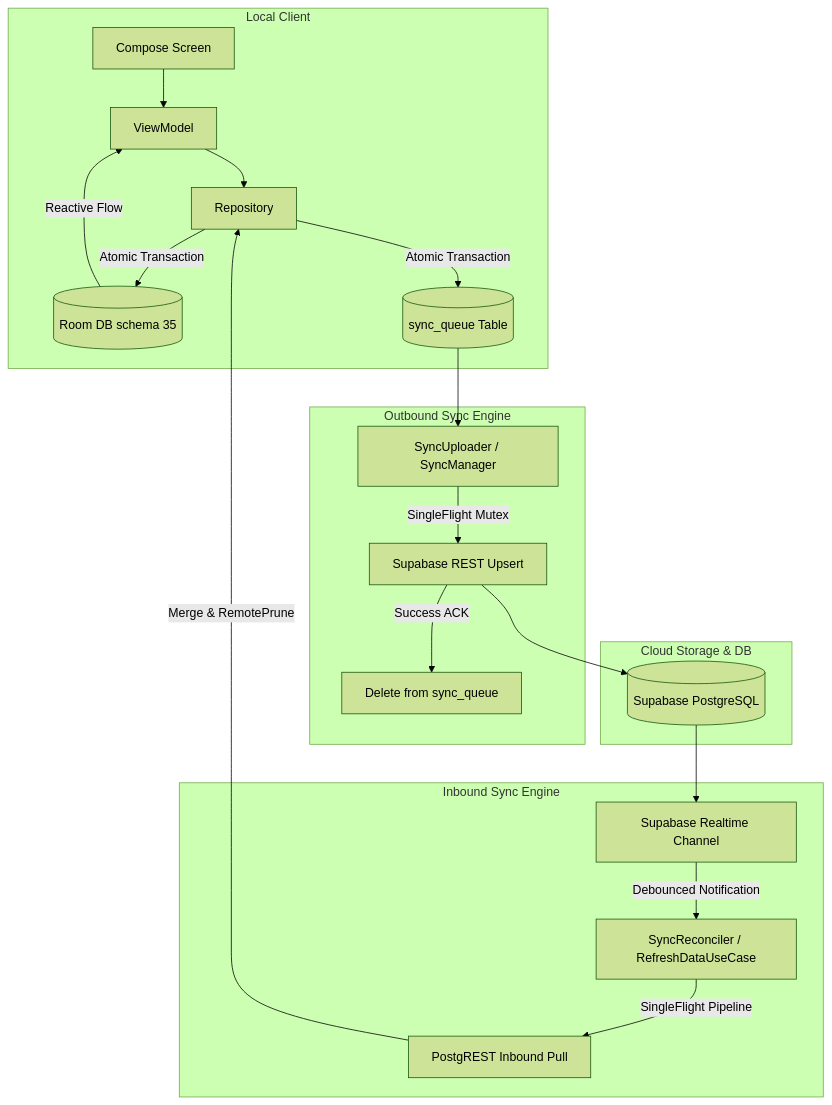
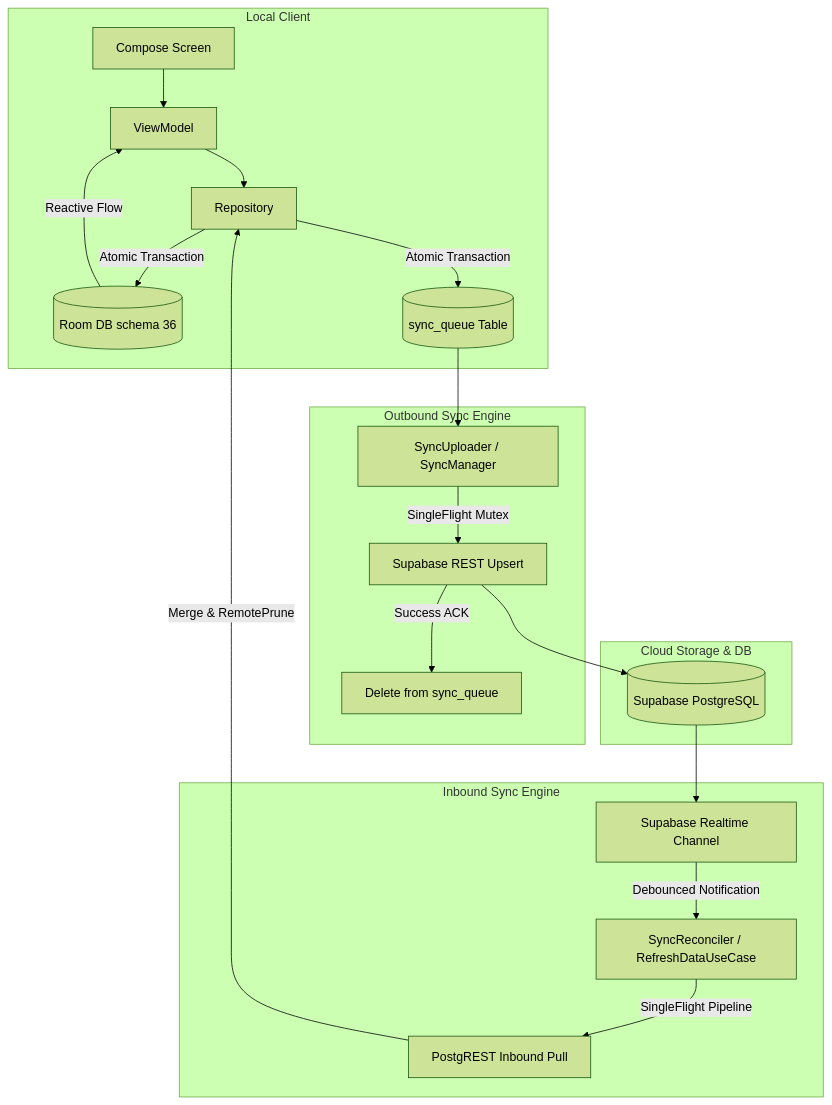
One commit to CyferBoy/Neo_Child_Clinic changed the diagram in docs/architecture/offline-first-sync.md. Above: the diagram before and after it, drawn with Mermaid (forest theme). The commit also changed other lines of this file and 17 other files, not shown here.

````diff
--- a/docs/architecture/offline-first-sync.md
+++ b/docs/architecture/offline-first-sync.md
@@ -17,27 +17,27 @@
 ```mermaid
 flowchart TD
     subgraph Local Client
         UI[Compose Screen] --> VM[ViewModel]
         VM --> REPO[Repository]
-        REPO -->|Atomic Transaction| ROOM[(Room DB schema 35)]
+        REPO -->|Atomic Transaction| ROOM[(Room DB schema 36)]
         REPO -->|Atomic Transaction| QUEUE[(sync_queue Table)]
         ROOM -->|Reactive Flow| VM
     end
 
     subgraph Outbound Sync Engine
         QUEUE --> UPLOADER[SyncUploader / SyncManager]
         UPLOADER -->|SingleFlight Mutex| NET_OUT[Supabase REST Upsert]
         NET_OUT -->|Success ACK| PRUNE_QUEUE[Delete from sync_queue]
     end
 
     subgraph Inbound Sync Engine
         REALTIME[Supabase Realtime Channel] -->|Debounced Notification| RECON[SyncReconciler / RefreshDataUseCase]
         RECON -->|SingleFlight Pipeline| PULL[PostgREST Inbound Pull]
         PULL -->|Merge & RemotePrune| REPO
     end
 
     subgraph Cloud Storage & DB
         NET_OUT --> SUPABASE[(Supabase PostgreSQL)]
         SUPABASE --> REALTIME
     end
 ```
````
